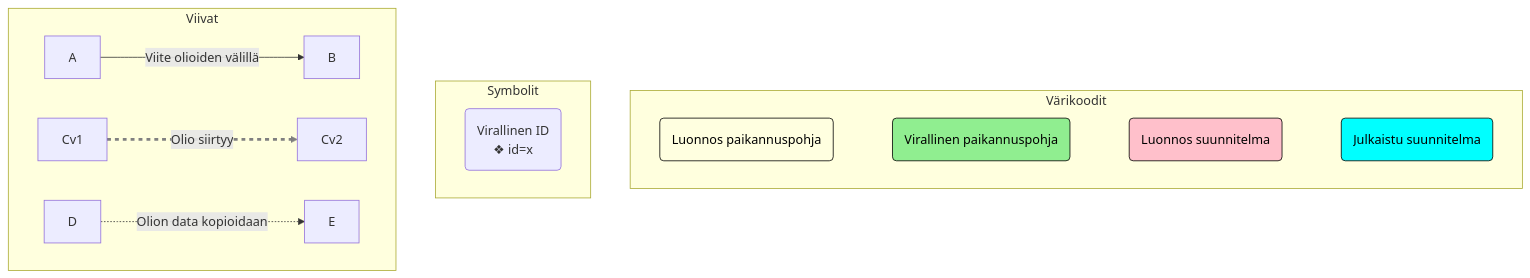
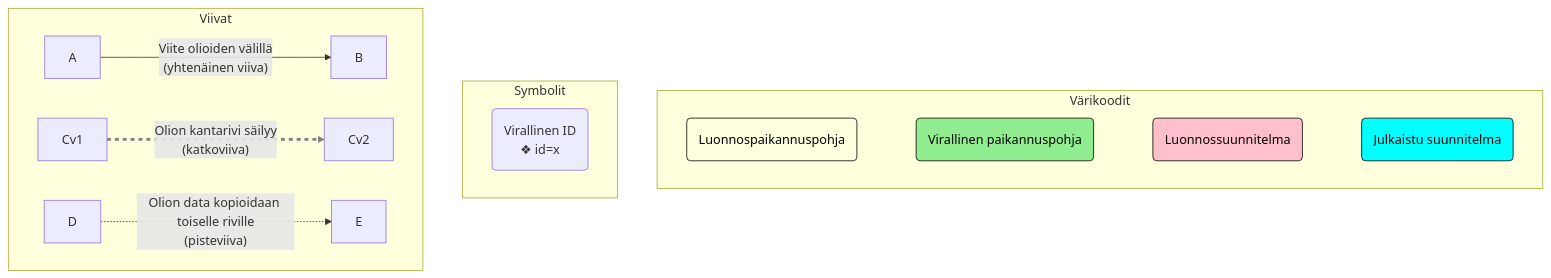
The first of 5 diagrams in doc/paikannuspohjan_kontekstit.md (finnishtransportagency/geoviite), drawn with Mermaid before and after one commit. The commit also changed other lines of this file, not shown here.

````diff
--- a/doc/paikannuspohjan_kontekstit.md
+++ b/doc/paikannuspohjan_kontekstit.md
@@ -115,27 +115,27 @@
 ```mermaid
 graph TD
     subgraph legendColor [Värikoodit]
-        legendDraft(Luonnos paikannuspohja)
+        legendDraft(Luonnospaikannuspohja)
         legendOfficial(Virallinen paikannuspohja)
-legendDraftPlan(Luonnos suunnitelma)
+legendDraftPlan(Luonnossuunnitelma)
         legendPlan(Julkaistu suunnitelma)
         legendDraft ~~~ legendOfficial ~~~ legendDraftPlan ~~~ legendPlan
     end
     subgraph legendSymbol [Symbolit]
         legendOfficialId("Virallinen ID\n❖ id=x")
     end
     subgraph legendLine [Viivat]
-        A -- Viite olioiden välillä --> B
-        Cv1 == Olio siirtyy ==> Cv2
-        D -. Olion data kopioidaan .-> E
+        A -- Viite olioiden välillä\n(yhtenäinen viiva) --> B
+        Cv1 == Olion kantarivi säilyy\n(katkoviiva) ==> Cv2
+        D -. Olion data kopioidaan toiselle riville\n(pisteviiva) .-> E
     end
     classDef draftObject fill: lightyellow, stroke: black, color: black;
     classDef officialObject fill: lightgreen, stroke: black, color: black;
     classDef planObject fill: cyan, stroke: black, color: black;
     classDef draftPlanObject fill: pink, stroke: black, color: black;
     class legendDraft draftObject
     class legendOfficial officialObject
     class legendPlan planObject
     class legendDraftPlan draftPlanObject
     linkStyle 4 stroke: grey, stroke-dasharray: 5 5
 ```
````
